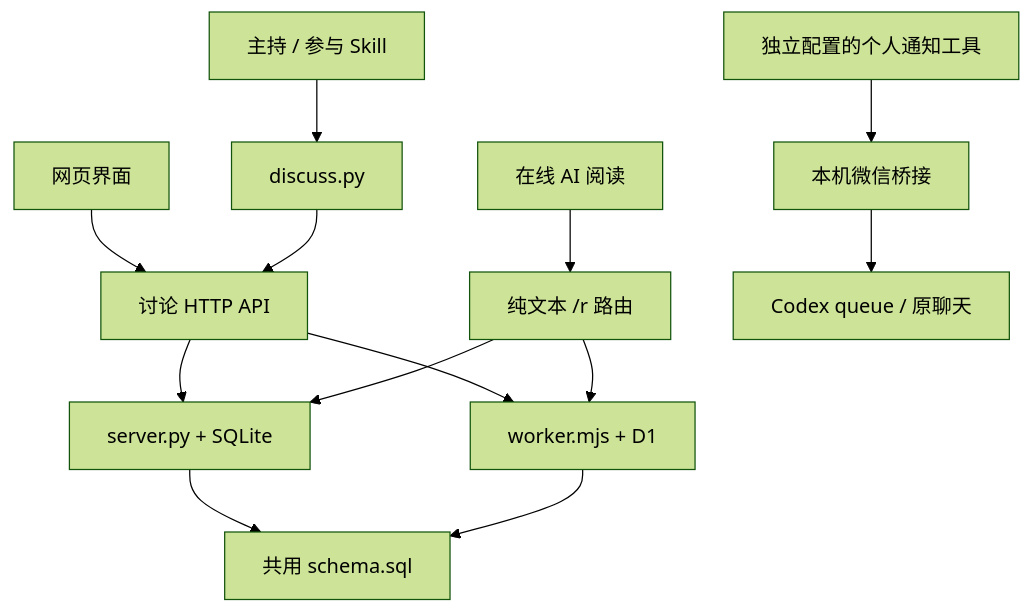
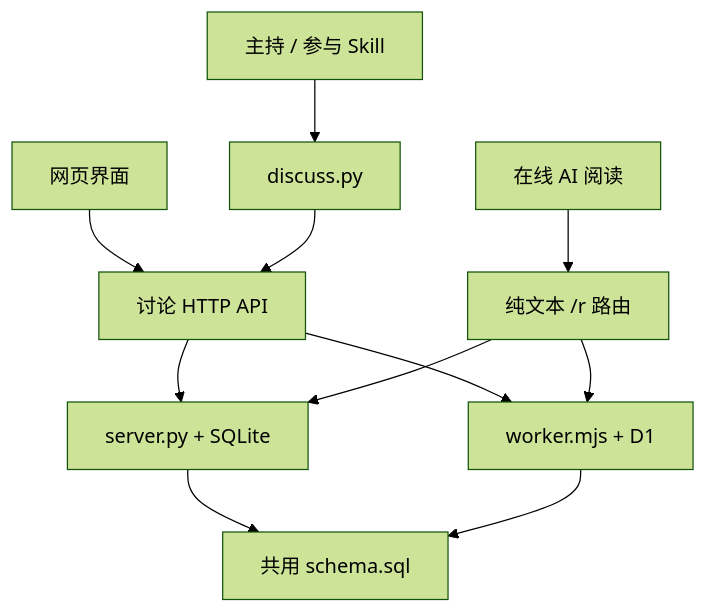
Before and after one commit to huyan1458/ai_co_discuss: the diagram in docs/architecture.md, drawn with Mermaid (forest theme). The commit also changed other lines of this file and 64 other files, not shown here.

````diff
--- a/docs/architecture.md
+++ b/docs/architecture.md
@@ -7,15 +7,13 @@
 ```mermaid
 flowchart TB
     S[主持 / 参与 Skill] --> C[discuss.py]
     B[网页界面] --> API[讨论 HTTP API]
     C --> API
     R[在线 AI 阅读] --> TXT[纯文本 /r 路由]
     API --> PY[server.py + SQLite]
     API --> CF[worker.mjs + D1]
     TXT --> PY
     TXT --> CF
     PY --> SQL[共用 schema.sql]
     CF --> SQL
-    N[独立配置的个人通知工具] --> WX[本机微信桥接]
-    WX --> Q[Codex queue / 原聊天]
 ```
````
